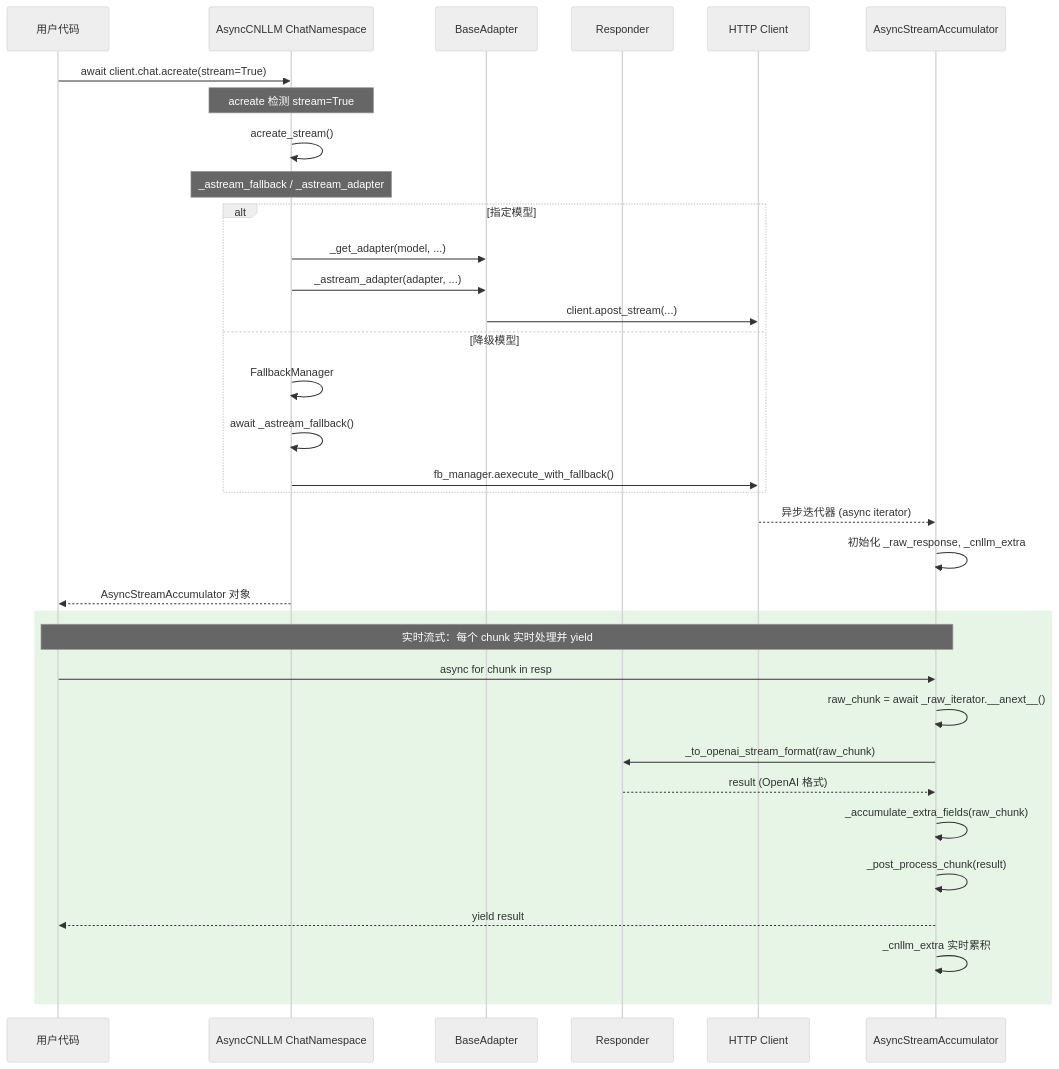
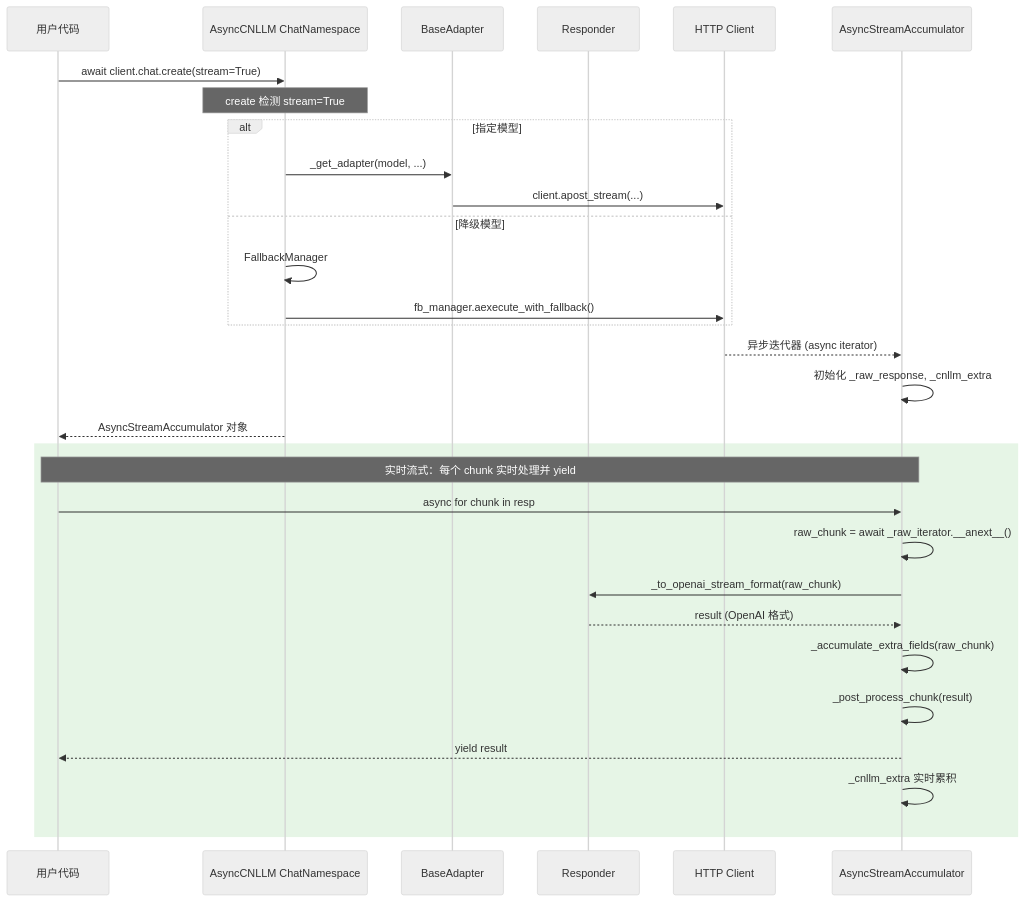
Before and after one commit to kanchengw/cnllm: the seventh of 7 diagrams in docs/ARCHITECTURE.md, drawn with Mermaid (neutral theme). The commit also changed other lines of this file and 46 other files, not shown here.

````diff
--- a/docs/ARCHITECTURE.md
+++ b/docs/ARCHITECTURE.md
@@ -483,40 +624,36 @@
 ```mermaid
 sequenceDiagram
     participant U as 用户代码
     participant AC as AsyncCNLLM ChatNamespace
     participant A as BaseAdapter
     participant R as Responder
     participant H as HTTP Client
     participant AS as AsyncStreamAccumulator
 
-    U->>AC: await client.chat.acreate(stream=True)
-    Note over AC: acreate 检测 stream=True
-    AC->>AC: acreate_stream()
-    Note over AC: _astream_fallback / _astream_adapter
+    U->>AC: await client.chat.create(stream=True)
+    Note over AC: create 检测 stream=True
 
     alt 指定模型
         AC->>A: _get_adapter(model, ...)
-        AC->>A: _astream_adapter(adapter, ...)
         A->>H: client.apost_stream(...)
     else 降级模型
         AC->>AC: FallbackManager
-        AC->>AC: await _astream_fallback()
         AC->>H: fb_manager.aexecute_with_fallback()
     end
 
     H-->>AS: 异步迭代器 (async iterator)
     AS->>AS: 初始化 _raw_response, _cnllm_extra
     AC-->>U: AsyncStreamAccumulator 对象
 
     rect rgb(230, 245, 230)
         Note over U,AS: 实时流式：每个 chunk 实时处理并 yield
         U->>AS: async for chunk in resp
         AS->>AS: raw_chunk = await _raw_iterator.__anext__()
         AS->>R: _to_openai_stream_format(raw_chunk)
         R-->>AS: result (OpenAI 格式)
         AS->>AS: _accumulate_extra_fields(raw_chunk)
         AS->>AS: _post_process_chunk(result)
         AS-->>U: yield result
         AS->>AS: _cnllm_extra 实时累积
     end
 ```
````
